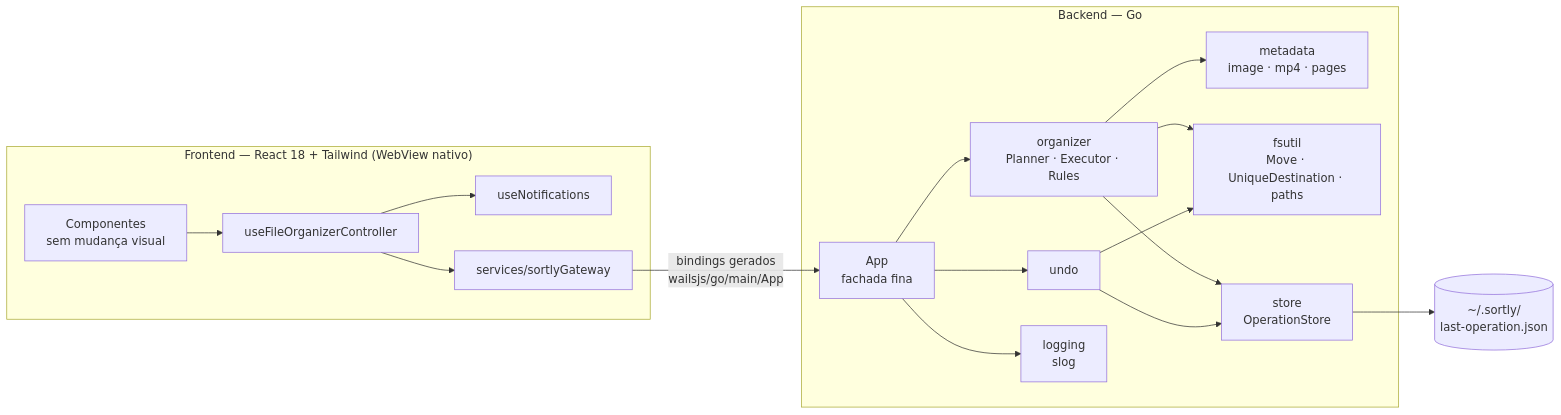
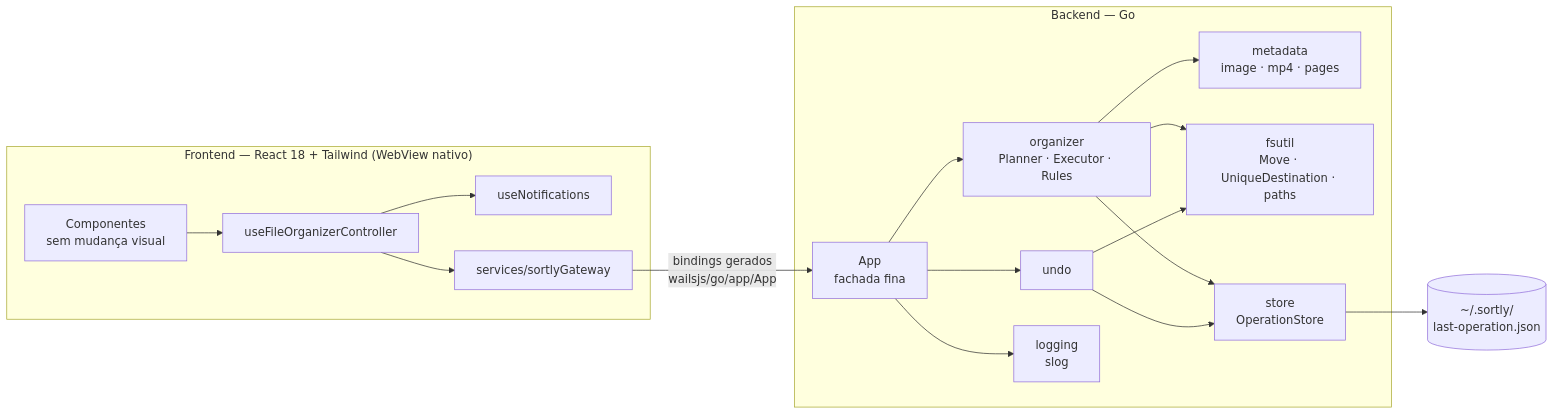
One commit to caiofdev/sortly changed the second of 2 diagrams in docs/architecture.md. Above: the diagram before and after it, drawn with Mermaid. The commit also changed other lines of this file and 1 other file, not shown here.

Commit message:
docs(sortly-22): atualiza arquitetura com internal/app

````diff
--- a/docs/architecture.md
+++ b/docs/architecture.md
@@ -44,20 +44,20 @@
 ```mermaid
 flowchart LR
   subgraph Frontend["Frontend — React 18 + Tailwind (WebView nativo)"]
     UI[Componentes<br/>sem mudança visual] --> Ctrl[useFileOrganizerController]
     Ctrl --> Notif[useNotifications]
     Ctrl --> GW[services/sortlyGateway]
   end
-  GW -- "bindings gerados<br/>wailsjs/go/main/App" --> App
+  GW -- "bindings gerados<br/>wailsjs/go/app/App" --> App
   subgraph Backend["Backend — Go"]
     App[App<br/>fachada fina] --> Org[organizer<br/>Planner · Executor · Rules]
     App --> Undo[undo]
     Org --> Meta[metadata<br/>image · mp4 · pages]
     Org --> FSU[fsutil<br/>Move · UniqueDestination · paths]
     Undo --> FSU
     Org --> Store[store<br/>OperationStore]
     Undo --> Store
     App --> Log[logging<br/>slog]
   end
   Store --> JSON[(~/.sortly/<br/>last-operation.json)]
 ```
````
